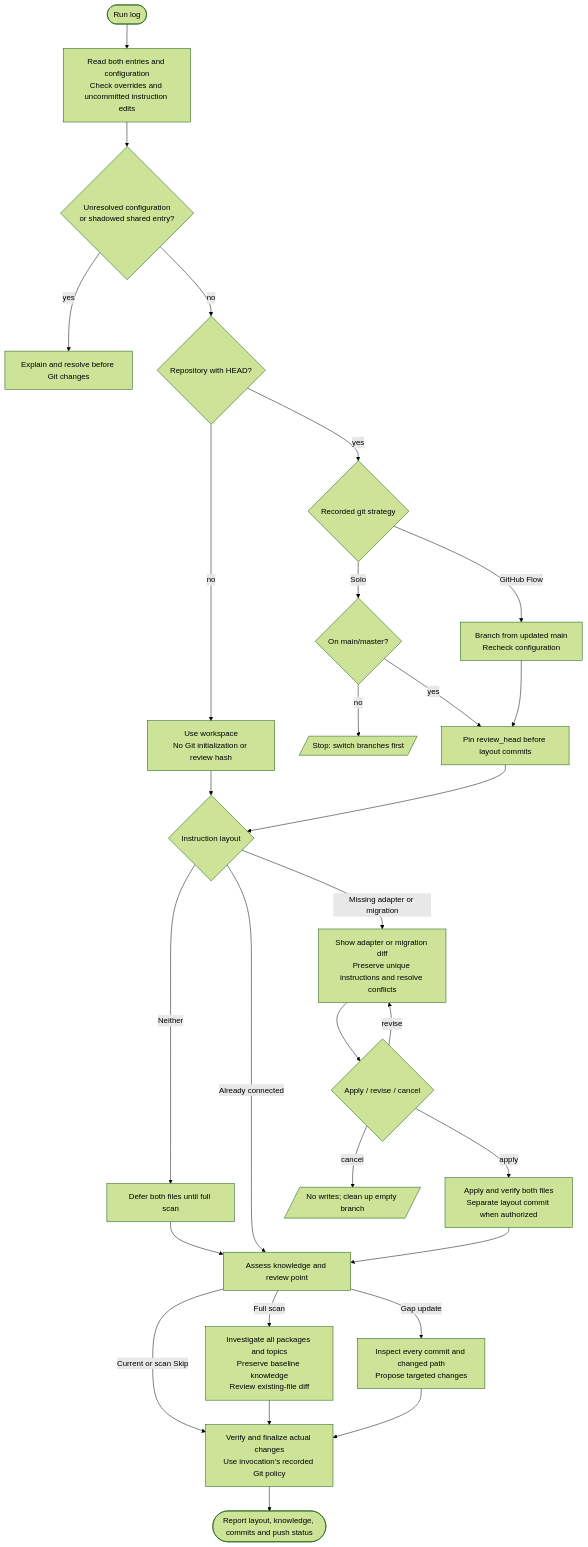
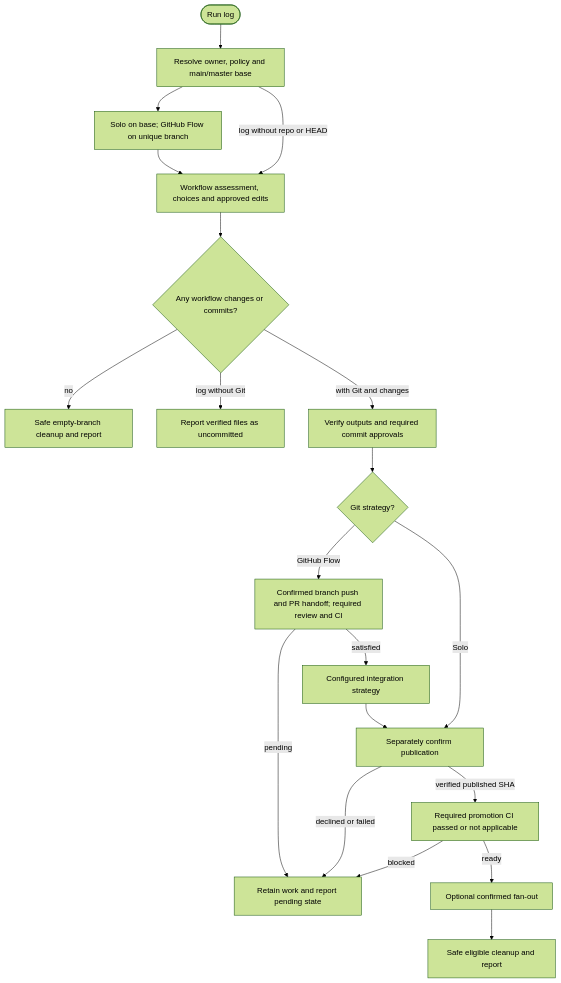
The diagram in docs/commands/log.md (myowinthein/agent-helm), drawn with Mermaid (forest theme) before and after one commit. The commit also changed other lines of this file and 30 other files, not shown here.

Commit message:
fix(compat): apply agreed cross-agent workflow safeguards

````diff
--- a/docs/commands/log.md
+++ b/docs/commands/log.md
@@ -15,32 +15,22 @@
 ```mermaid
 flowchart TD
-  Start([Run log]) --> Preflight[Read both entries and configuration<br/>Check overrides and uncommitted instruction edits]
-  Preflight --> Conflict{Unresolved configuration<br/>or shadowed shared entry?}
-  Conflict -->|yes| Resolve[Explain and resolve before Git changes]
-  Conflict -->|no| Git{Repository with HEAD?}
-  Git -->|no| Workspace[Use workspace<br/>No Git initialization or review hash]
-  Git -->|yes| Strategy{Recorded git strategy}
-  Strategy -->|Solo| Solo{On main/master?}
-  Solo -->|no| Stop[/Stop: switch branches first/]
-  Solo -->|yes| Snapshot
-  Strategy -->|GitHub Flow| Branch[Branch from updated main<br/>Recheck configuration]
-  Branch --> Snapshot[Pin review_head before layout commits]
-  Snapshot --> Layout
-  Workspace --> Layout
-  Layout{Instruction layout}
-  Layout -->|Neither| Fresh[Defer both files until full scan]
-  Layout -->|Already connected| Assess
-  Layout -->|Missing adapter or migration| Proposal[Show adapter or migration diff<br/>Preserve unique instructions and resolve conflicts]
-  Proposal --> Approval{Apply / revise / cancel}
-  Approval -->|revise| Proposal
-  Approval -->|cancel| Cleanup[/No writes; clean up empty branch/]
-  Approval -->|apply| Verify[Apply and verify both files<br/>Separate layout commit when authorized]
-  Verify --> Assess
-  Fresh --> Assess[Assess knowledge and review point]
-  Assess -->|Current or scan Skip| Finalize
-  Assess -->|Full scan| Full[Investigate all packages and topics<br/>Preserve baseline knowledge<br/>Review existing-file diff]
-  Assess -->|Gap update| Gap[Inspect every commit and changed path<br/>Propose targeted changes]
-  Full --> Finalize[Verify and finalize actual changes<br/>Use invocation's recorded Git policy]
-  Gap --> Finalize
-  Finalize --> Report([Report layout, knowledge, commits and push status])
+  Start([Run log]) --> Prepare[Resolve owner, policy and main/master base]
+  Prepare --> Branch[Solo on base; GitHub Flow on unique branch]
+  Prepare -->|log without repo or HEAD| Work
+  Branch --> Work[Workflow assessment, choices and approved edits]
+  Work --> Changed{Any workflow changes or commits?}
+  Changed -->|no| Noop[Safe empty-branch cleanup and report]
+  Changed -->|log without Git| Uncommitted[Report verified files as uncommitted]
+  Changed -->|with Git and changes| Verify[Verify outputs and required commit approvals]
+  Verify --> Mode{Git strategy?}
+  Mode -->|GitHub Flow| Review[Confirmed branch push and PR handoff; required review and CI]
+  Review -->|pending| Pending[Retain work and report pending state]
+  Review -->|satisfied| Merge[Configured integration strategy]
+  Mode -->|Solo| Push
+  Merge --> Push[Separately confirm publication]
+  Push -->|declined or failed| Pending
+  Push -->|verified published SHA| CI[Required promotion CI passed or not applicable]
+  CI -->|blocked| Pending
+  CI -->|ready| Promote[Optional confirmed fan-out]
+  Promote --> Cleanup[Safe eligible cleanup and report]
 ```
````
